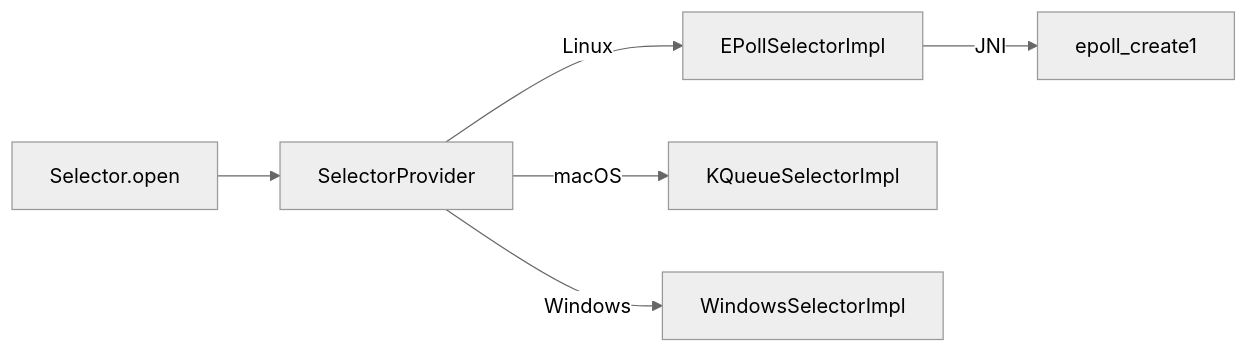
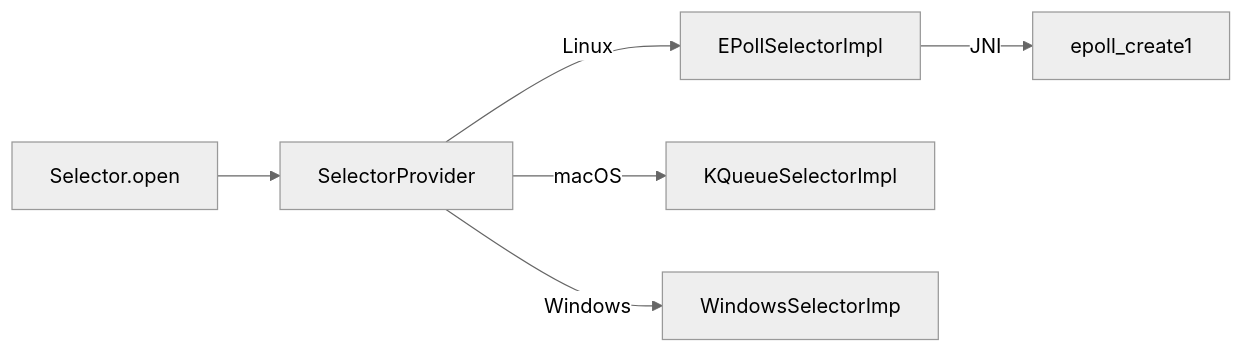
One commit to yjkim2015/yjkim2015.github.io changed the fourth of 6 diagrams in _posts/server/2026-05-01-sync-async-block-nonblock.md. Above: the diagram before and after it, drawn with Mermaid (neutral theme). The commit also changed other lines of this file and 245 other files, not shown here.

First line of the commit message:
Mermaid 다이어그램 전면 수정 + 면접 포인트 접기/펼치기 + DB 데드락 페이지

````diff
--- a/_posts/server/2026-05-01-sync-async-block-nonblock.md
+++ b/_posts/server/2026-05-01-sync-async-block-nonblock.md
@@ -467,8 +467,8 @@
 ```mermaid
 graph LR
     A[Selector.open] --> B[SelectorProvider]
     B -->|Linux| C[EPollSelectorImpl]
     B -->|macOS| D[KQueueSelectorImpl]
-    B -->|Windows| E[WindowsSelectorImpl]
+    B -->|Windows| E[WindowsSelectorImp]
     C -->|JNI| F[epoll_create1]
 ```
````
